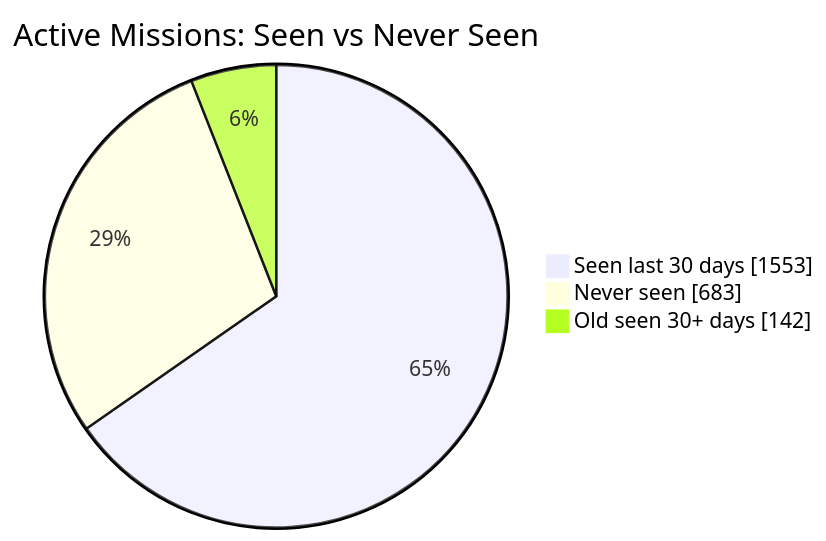
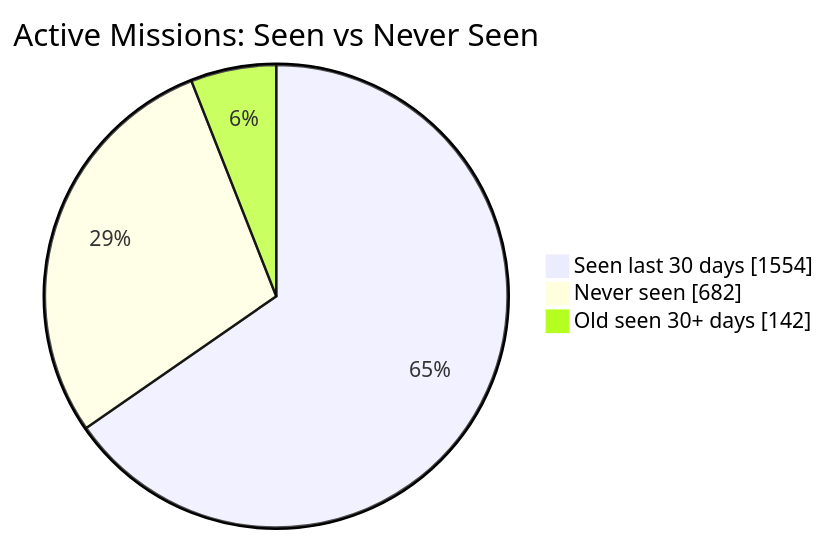
Before and after one commit to MeldkamerspelGameTeam/active-missions: the first of 2 diagrams in README.md, drawn with Mermaid. The commit also changed other lines of this file and 2 other files, not shown here.

````diff
--- a/README.md
+++ b/README.md
@@ -34,7 +34,7 @@
 ```mermaid
 pie showData
     title Active Missions: Seen vs Never Seen
-    "Seen last 30 days" : 1553
-    "Never seen" : 683
+    "Seen last 30 days" : 1554
+    "Never seen" : 682
     "Old seen 30+ days" : 142
 ```
````
